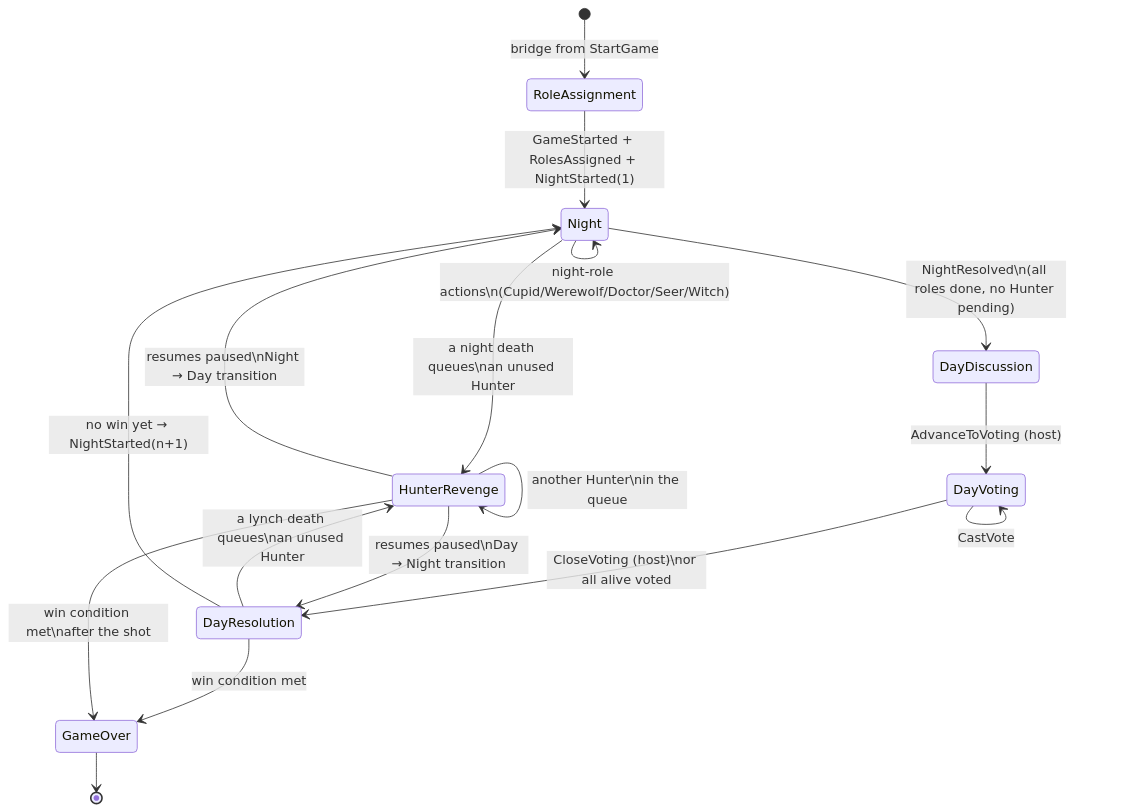
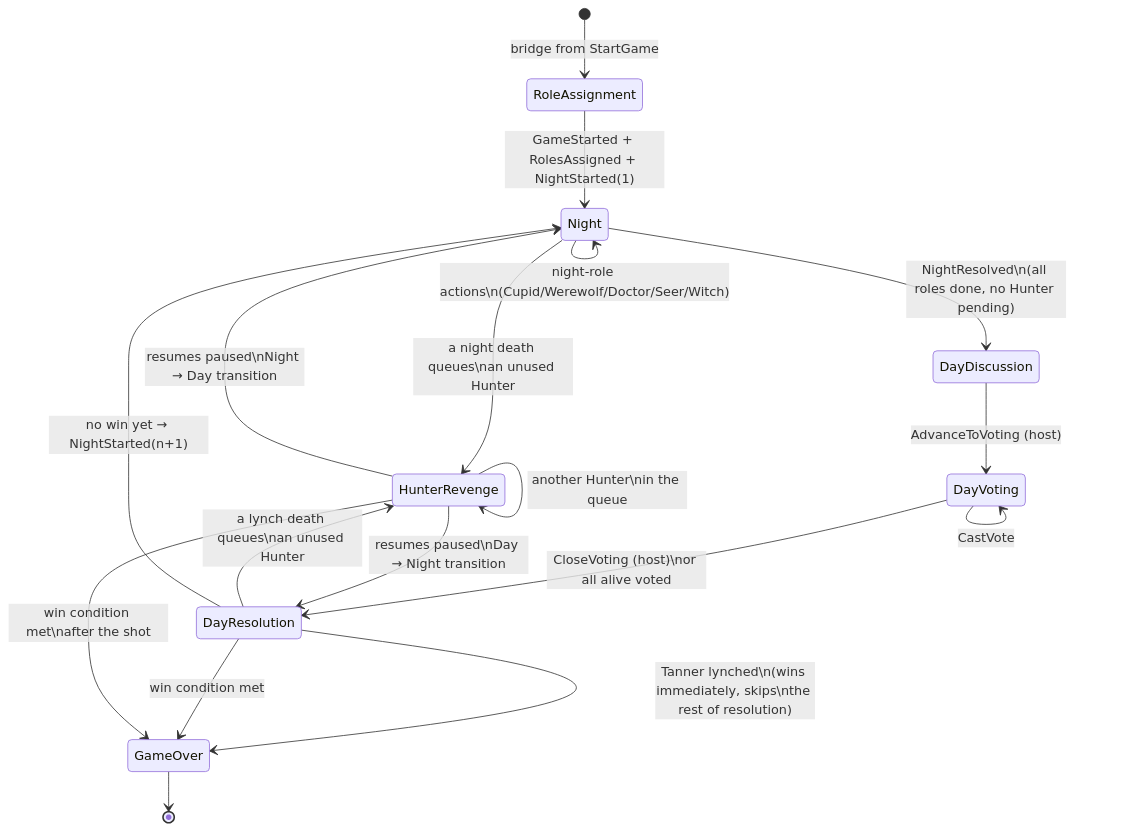
The second of 3 diagrams in GAME_FLOW.md (dat-honguyen/werewolf), drawn with Mermaid before and after one commit. The commit also changed other lines of this file and 43 other files, not shown here.

````diff
--- a/GAME_FLOW.md
+++ b/GAME_FLOW.md
@@ -95,24 +84,25 @@
 ```mermaid
 stateDiagram-v2
     [*] --> RoleAssignment: bridge from StartGame
     RoleAssignment --> Night: GameStarted + RolesAssigned + NightStarted(1)
 
     Night --> Night: night-role actions\n(Cupid/Werewolf/Doctor/Seer/Witch)
     Night --> HunterRevenge: a night death queues\nan unused Hunter
     Night --> DayDiscussion: NightResolved\n(all roles done, no Hunter pending)
 
     DayDiscussion --> DayVoting: AdvanceToVoting (host)
 
     DayVoting --> DayVoting: CastVote
     DayVoting --> DayResolution: CloseVoting (host)\nor all alive voted
     DayResolution --> HunterRevenge: a lynch death queues\nan unused Hunter
+    DayResolution --> GameOver: Tanner lynched\n(wins immediately, skips\nthe rest of resolution)
     DayResolution --> Night: no win yet → NightStarted(n+1)
     DayResolution --> GameOver: win condition met
 
     HunterRevenge --> HunterRevenge: another Hunter\nin the queue
     HunterRevenge --> Night: resumes paused\nNight → Day transition
     HunterRevenge --> DayResolution: resumes paused\nDay → Night transition
     HunterRevenge --> GameOver: win condition met\nafter the shot
 
     GameOver --> [*]
 ```
````
